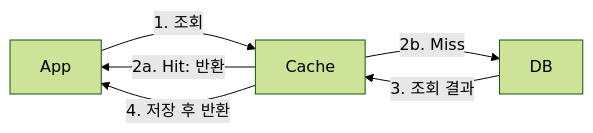
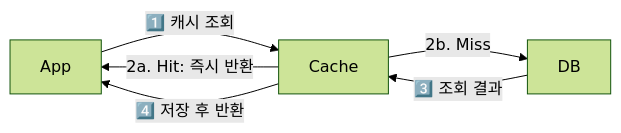
Before and after one commit to yjkim2015/yjkim2015.github.io: the second of 6 diagrams in _posts/caching/2026-05-01-caching-strategy.md, drawn with Mermaid (forest theme). The commit also changed other lines of this file and 34 other files, not shown here.

First line of the commit message:
Full quality pass: 41 files — ASCII removed, 동작원리 보강, diagrams

```diff
--- a/_posts/caching/2026-05-01-caching-strategy.md
+++ b/_posts/caching/2026-05-01-caching-strategy.md
@@ -58,8 +58,8 @@
 <div class="mermaid">
 graph LR
-    App -->|1. 조회| Cache
-    Cache -->|2a. Hit: 반환| App
-    Cache -->|2b. Miss| DB
-    DB -->|3. 조회 결과| Cache
-    Cache -->|4. 저장 후 반환| App
+    App -->|"1️⃣ 캐시 조회"| Cache
+    Cache -->|"2a. Hit: 즉시 반환"| App
+    Cache -->|"2b. Miss"| DB
+    DB -->|"3️⃣ 조회 결과"| Cache
+    Cache -->|"4️⃣ 저장 후 반환"| App
 </div>
```
